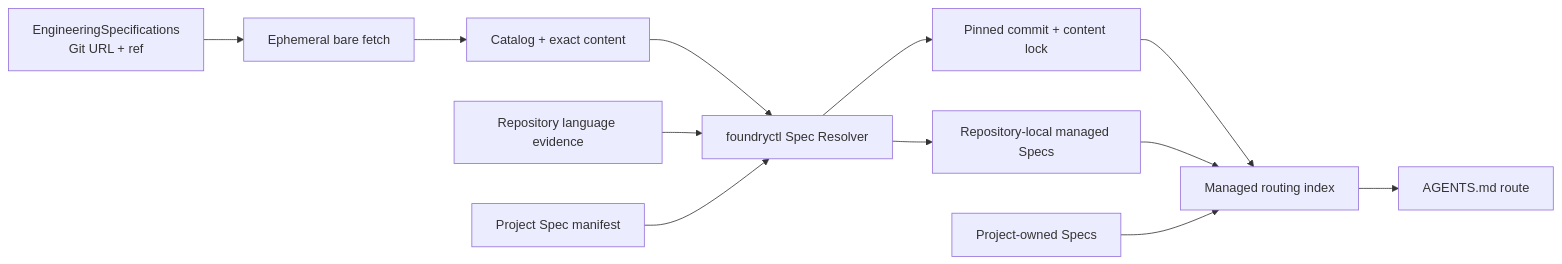
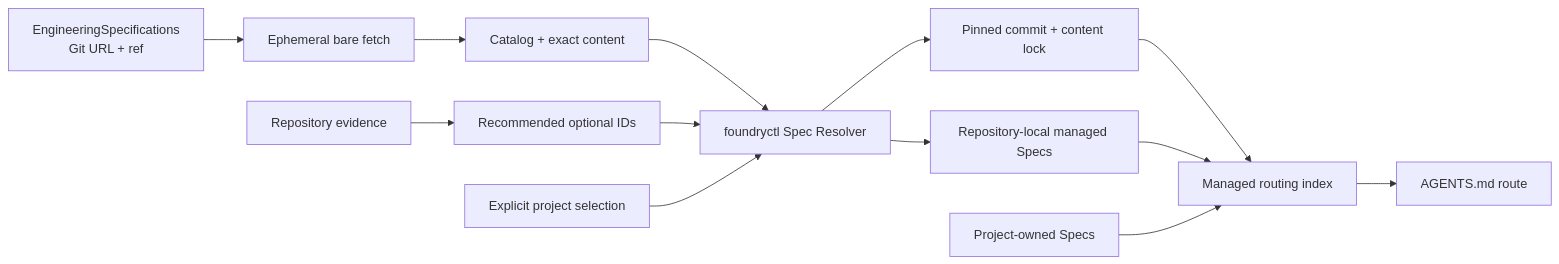
Before and after one commit to XiaoWeiKIN/RepoFoundryAI: the first of 2 diagrams in docs/design-docs/engineering-spec-management.md, drawn with Mermaid. The commit also changed other lines of this file and 19 other files, not shown here.

Commit message:
feat: make engineering spec selection explicit

````diff
--- a/docs/design-docs/engineering-spec-management.md
+++ b/docs/design-docs/engineering-spec-management.md
@@ -29,14 +35,15 @@
 ```mermaid
 flowchart LR
     G["EngineeringSpecifications<br/>Git URL + ref"] --> F["Ephemeral bare fetch"]
     F --> C["Catalog + exact content"]
     C --> R["foundryctl Spec Resolver"]
-    D["Repository language evidence"] --> R
-    P["Project Spec manifest"] --> R
+    D["Repository evidence"] --> Q["Recommended optional IDs"]
+    Q --> R
+    P["Explicit project selection"] --> R
     R --> L["Pinned commit + content lock"]
     R --> M["Repository-local managed Specs"]
     L --> I["Managed routing index"]
     M --> I
     X["Project-owned Specs"] --> I
     I --> A["AGENTS.md route"]
 ```
````
